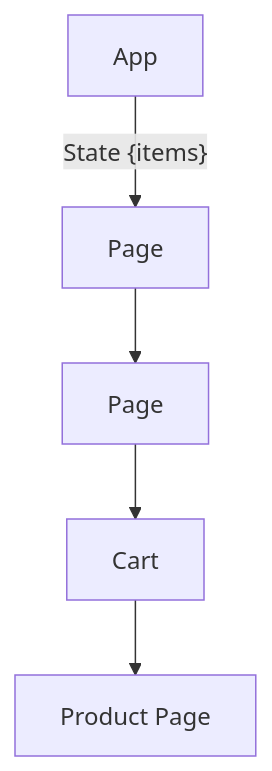
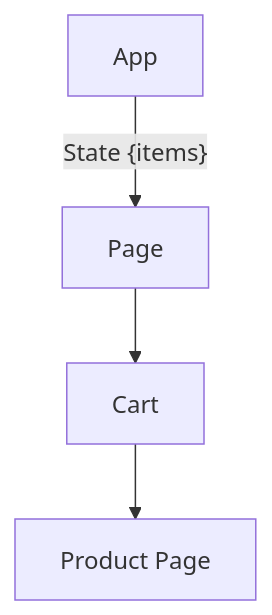
The first of 2 diagrams in InformationTechnology/WebDevelopment/redux.md (oreximus/learnings), drawn with Mermaid before and after one commit. The commit also changed other lines of this file, not shown here.

````diff
--- a/InformationTechnology/WebDevelopment/redux.md
+++ b/InformationTechnology/WebDevelopment/redux.md
@@ -26,7 +26,6 @@
 ```mermaid
 flowchart TD
     A["App"] -->|"State {items}"| B[Page]
-    B --> C["Page"]
-    C --> D["Cart"]
-    D --> E["Product Page"]
+    B --> C["Cart"]
+    C --> D["Product Page"]
 ```
````
